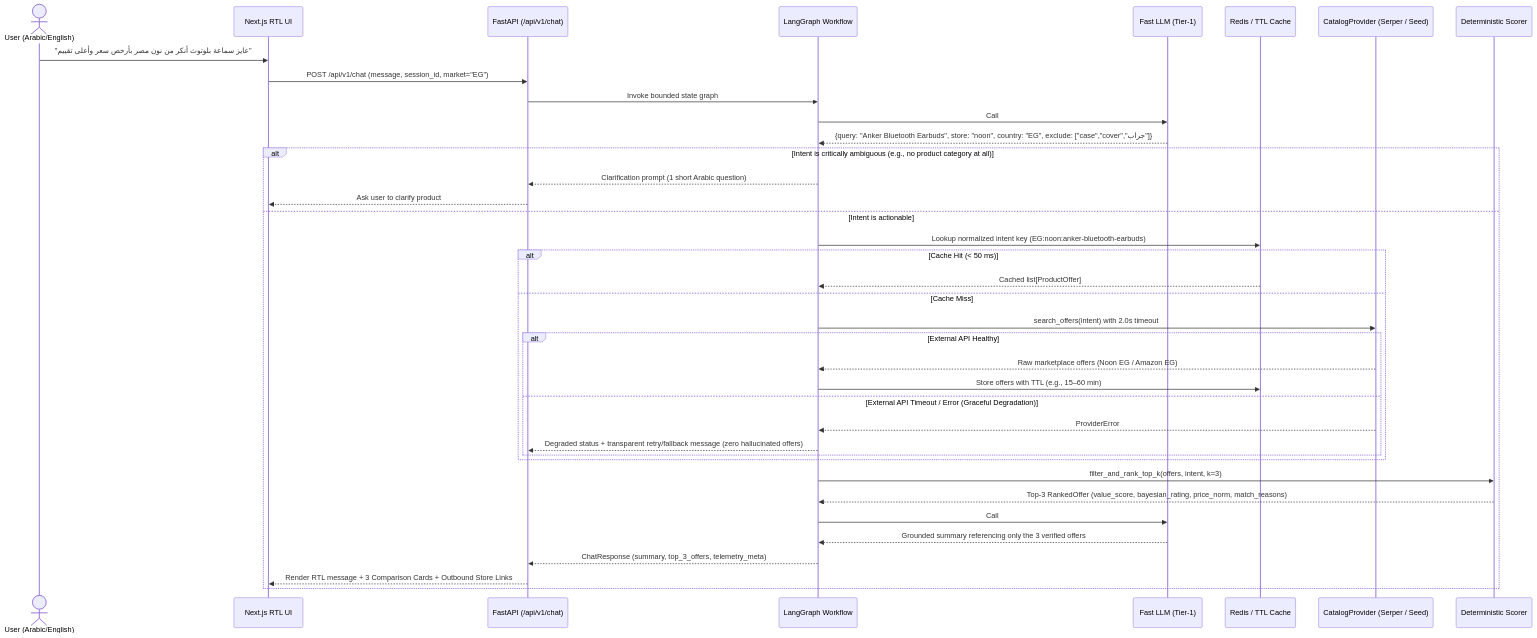
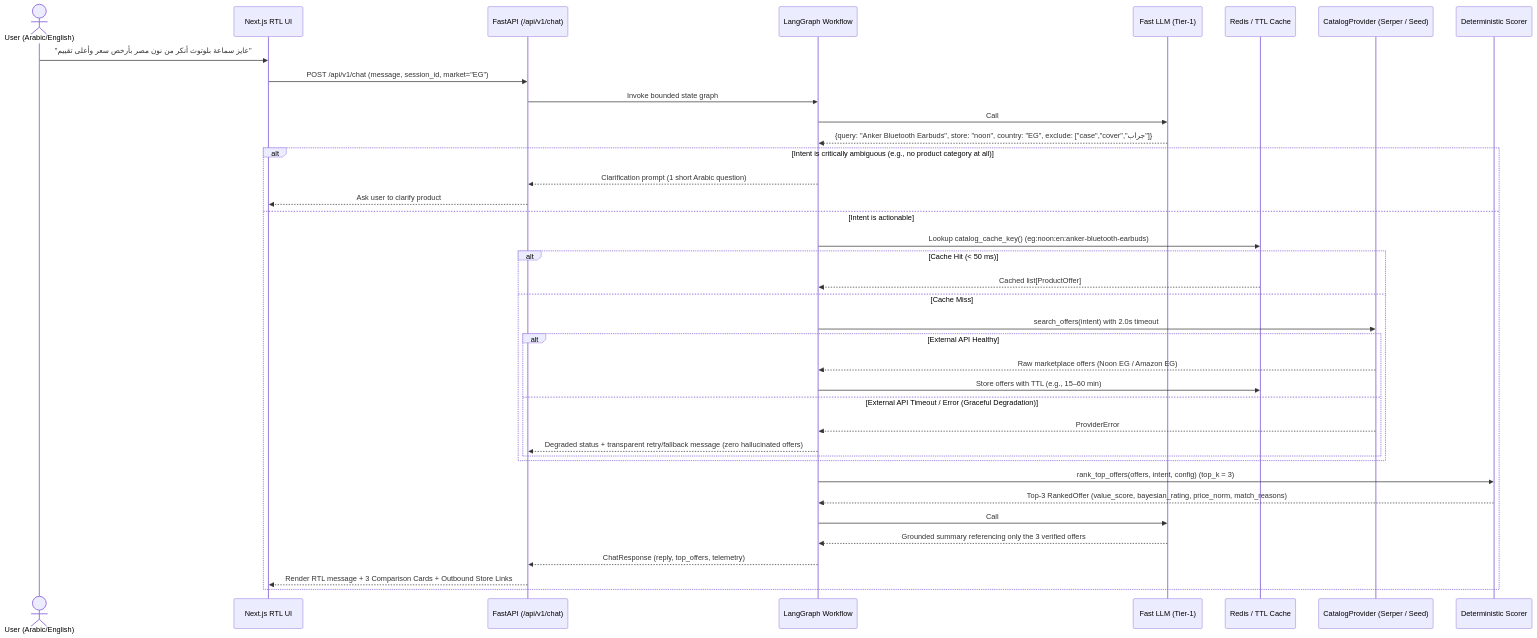
Before and after one commit to MaahmoudAbdelghany/AI-for-E-Commerce.: the second of 2 diagrams in spec/architecture.md, drawn with Mermaid. The commit also changed 2 other files, not shown here.

Commit message:
docs(constitution): confirm verified backend commands and align Phase 0 placeholder names

````diff
--- a/spec/architecture.md
+++ b/spec/architecture.md
@@ -40,43 +40,43 @@
 ```mermaid
 sequenceDiagram
     actor U as User (Arabic/English)
     participant UI as Next.js RTL UI
     participant API as FastAPI (/api/v1/chat)
     participant LG as LangGraph Workflow
     participant LLM as Fast LLM (Tier-1)
     participant CACHE as Redis / TTL Cache
     participant CAT as CatalogProvider (Serper / Seed)
     participant RANK as Deterministic Scorer
 
     U->>UI: "عايز سماعة بلوتوث أنكر من نون مصر بأرخص سعر وأعلى تقييم"
     UI->>API: POST /api/v1/chat (message, session_id, market="EG")
     API->>LG: Invoke bounded state graph
     LG->>LLM: Call #1 — Extract structured SearchIntent (JSON schema)
     LLM-->>LG: {query: "Anker Bluetooth Earbuds", store: "noon", country: "EG", exclude: ["case","cover","جراب"]}
 
     alt Intent is critically ambiguous (e.g., no product category at all)
         LG-->>API: Clarification prompt (1 short Arabic question)
         API-->>UI: Ask user to clarify product
     else Intent is actionable
-        LG->>CACHE: Lookup normalized intent key (EG:noon:anker-bluetooth-earbuds)
+        LG->>CACHE: Lookup catalog_cache_key() (eg:noon:en:anker-bluetooth-earbuds)
         alt Cache Hit (< 50 ms)
             CACHE-->>LG: Cached list[ProductOffer]
         else Cache Miss
             LG->>CAT: search_offers(intent) with 2.0s timeout
             alt External API Healthy
                 CAT-->>LG: Raw marketplace offers (Noon EG / Amazon EG)
                 LG->>CACHE: Store offers with TTL (e.g., 15–60 min)
             else External API Timeout / Error (Graceful Degradation)
                 CAT-->>LG: ProviderError
                 LG-->>API: Degraded status + transparent retry/fallback message (zero hallucinated offers)
             end
         end
 
-        LG->>RANK: filter_and_rank_top_k(offers, intent, k=3)
+        LG->>RANK: rank_top_offers(offers, intent, config) (top_k = 3)
         RANK-->>LG: Top-3 RankedOffer (value_score, bayesian_rating, price_norm, match_reasons)
         LG->>LLM: Call #2 (Optional/Lightweight) — Concise Arabic recommendation summary
         LLM-->>LG: Grounded summary referencing only the 3 verified offers
-        LG-->>API: ChatResponse (summary, top_3_offers, telemetry_meta)
+        LG-->>API: ChatResponse (reply, top_offers, telemetry)
         API-->>UI: Render RTL message + 3 Comparison Cards + Outbound Store Links
     end
 ```
````
